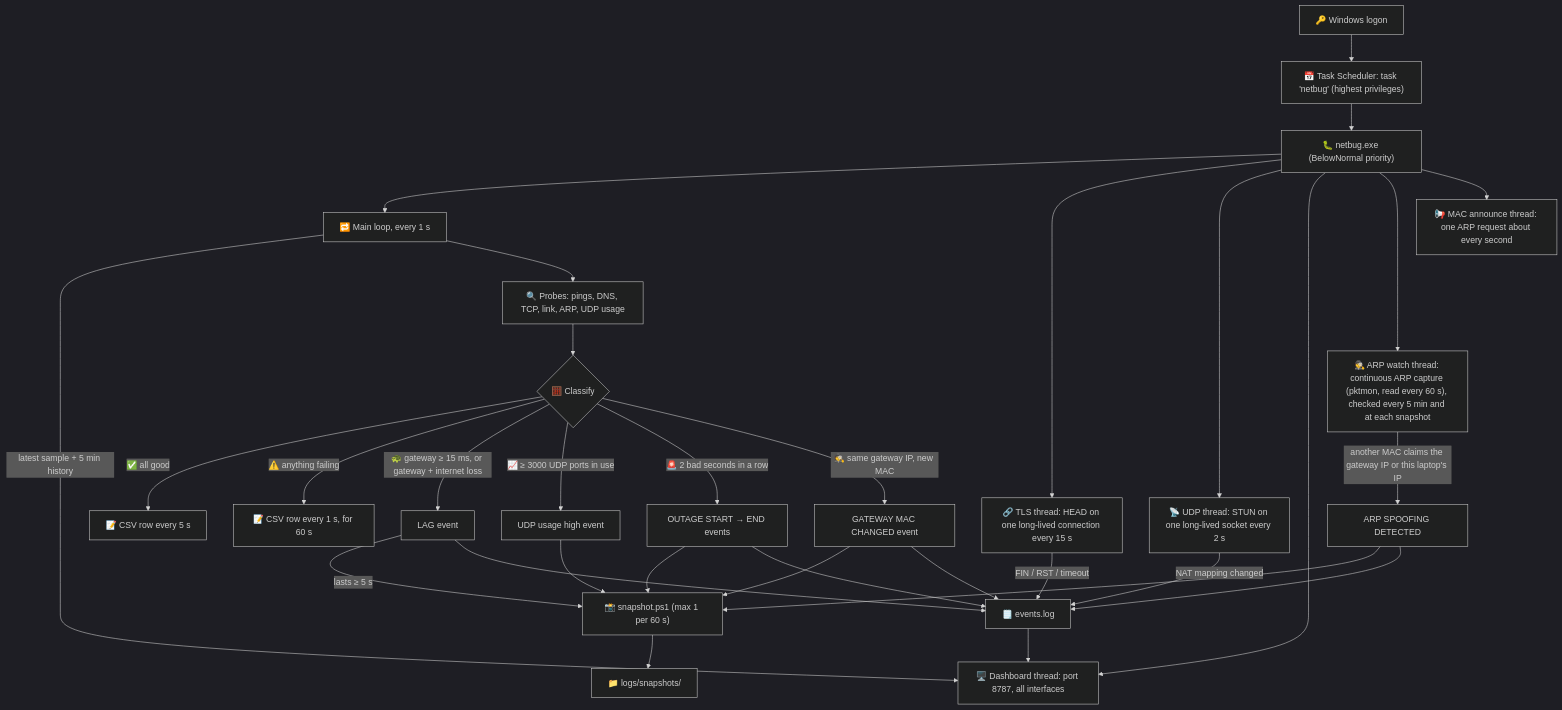
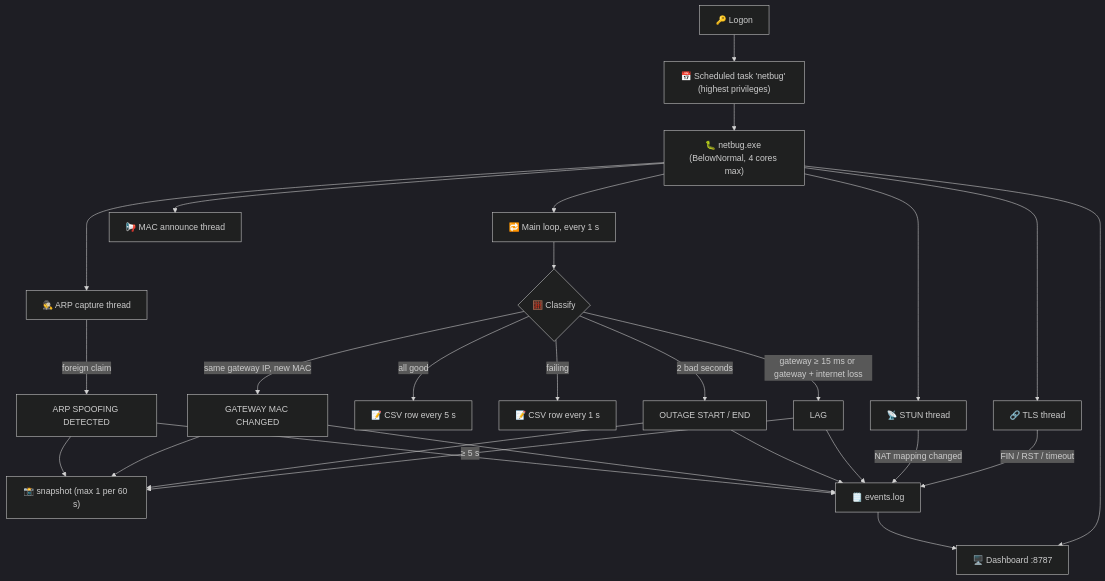
The diagram in README.md (tariqaq/netbug), drawn with Mermaid (dark theme) before and after one commit. The commit also changed other lines of this file and 3 other files, not shown here.

````diff
--- a/README.md
+++ b/README.md
@@ -29,39 +166,29 @@
 ```mermaid
 flowchart TD
-    A["🔑 Windows logon"] --> B["📅 Task Scheduler: task 'netbug' (highest privileges)"]
-    B --> C["🐛 netbug.exe (BelowNormal priority)"]
-
+    A["🔑 Logon"] --> B["📅 Scheduled task 'netbug' (highest privileges)"]
+    B --> C["🐛 netbug.exe (BelowNormal, 4 cores max)"]
     C --> M["🔁 Main loop, every 1 s"]
-    C --> T["🔗 TLS thread: HEAD on one long-lived connection every 15 s"]
-    C --> U["📡 UDP thread: STUN on one long-lived socket every 2 s"]
-    C --> W["🖥️ Dashboard thread: port 8787, all interfaces"]
-    C --> AW["🕵️ ARP watch thread: continuous ARP capture (pktmon, read every 60 s), checked every 5 min and at each snapshot"]
-    C --> AN["📢 MAC announce thread: one ARP request about every second"]
-    AW -->|"another MAC claims the gateway IP or this laptop's IP"| SP["ARP SPOOFING DETECTED"]
+    C --> T["🔗 TLS thread"]
+    C --> U["📡 STUN thread"]
+    C --> W["🖥️ Dashboard :8787"]
+    C --> AW["🕵️ ARP capture thread"]
+    C --> AN["📢 MAC announce thread"]
+    M --> K{"🧮 Classify"}
+    K -->|"all good"| R1["📝 CSV row every 5 s"]
+    K -->|"failing"| R2["📝 CSV row every 1 s"]
+    K -->|"gateway ≥ 15 ms or gateway + internet loss"| L["LAG"]
+    K -->|"2 bad seconds"| O["OUTAGE START / END"]
+    K -->|"same gateway IP, new MAC"| G["GATEWAY MAC CHANGED"]
+    AW -->|"foreign claim"| SP["ARP SPOOFING DETECTED"]
+    L -->|"≥ 5 s"| S["📸 snapshot (max 1 per 60 s)"]
+    O --> S
+    G --> S
     SP --> S
-    SP --> E
-    E --> W
-    M -->|"latest sample + 5 min history"| W
-
-    M --> P["🔍 Probes: pings, DNS, TCP, link, ARP, UDP usage"]
-    P --> K{"🧮 Classify"}
-
-    K -->|"✅ all good"| R1["📝 CSV row every 5 s"]
-    K -->|"⚠️ anything failing"| R2["📝 CSV row every 1 s, for 60 s"]
-    K -->|"🐢 gateway ≥ 15 ms, or gateway + internet loss"| L["LAG event"]
-    K -->|"📈 ≥ 3000 UDP ports in use"| H["UDP usage high event"]
-    H --> S
-    K -->|"🚨 2 bad seconds in a row"| O["OUTAGE START → END events"]
-    K -->|"🕵️ same gateway IP, new MAC"| G["GATEWAY MAC CHANGED event"]
-    G --> S
-    G --> E
-
-    L -->|"lasts ≥ 5 s"| S["📸 snapshot.ps1 (max 1 per 60 s)"]
-    O --> S
-
     T -->|"FIN / RST / timeout"| E["🗒️ events.log"]
     U -->|"NAT mapping changed"| E
     L --> E
     O --> E
-    S --> D["📁 logs/snapshots/"]
+    G --> E
+    SP --> E
+    E --> W
 ```
````
